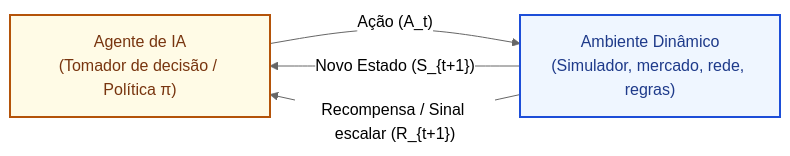
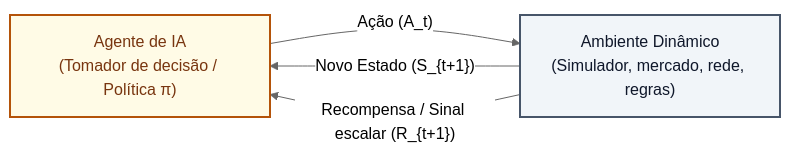
One commit to leorruas/concursos changed the first of 2 diagrams in 3 - Materias/Informatica/20 - aprendizagem por reforco e comparacao de modelos de machine learning.md. Above: the diagram before and after it, drawn with Mermaid (neutral theme).

Commit message:
style(camara-ti): alinhar fallback Mermaid aos tokens neutros 20

````diff
--- a/3 - Materias/Informatica/20 - aprendizagem por reforco e comparacao de modelos de machine learning.md
+++ b/3 - Materias/Informatica/20 - aprendizagem por reforco e comparacao de modelos de machine learning.md
@@ -25,13 +25,13 @@
 ```mermaid
 flowchart LR
     classDef agente fill:#fffbe6,stroke:#b45309,stroke-width:2px,color:#78350f;
-    classDef ambiente fill:#eff6ff,stroke:#1d4ed8,stroke-width:2px,color:#1e3a8a;
+    classDef ambiente fill:#f1f5f9,stroke:#475569,stroke-width:2px,color:#0f172a;
     classDef feedback fill:#ecfdf5,stroke:#047857,stroke-width:2px,color:#065f46;
 
     Agente["Agente de IA<br>(Tomador de decisão / Política &pi;)"]:::agente
     Ambiente["Ambiente Dinâmico<br>(Simulador, mercado, rede, regras)"]:::ambiente
 
     Agente -->|"Ação (A_t)"| Ambiente
     Ambiente -->|"Novo Estado (S_{t+1})"| Agente
     Ambiente -->|"Recompensa / Sinal escalar (R_{t+1})"| Agente
 ```
````
